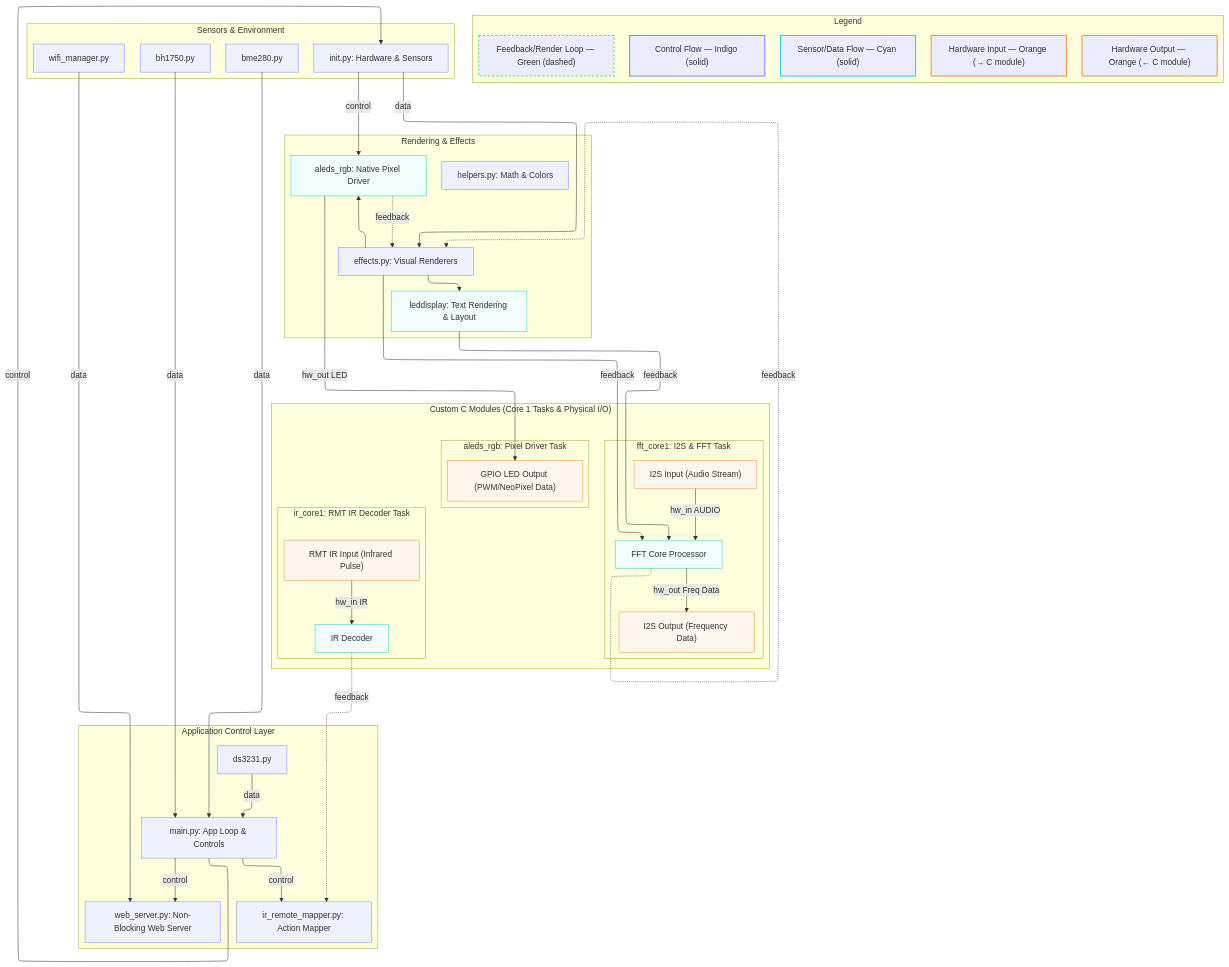
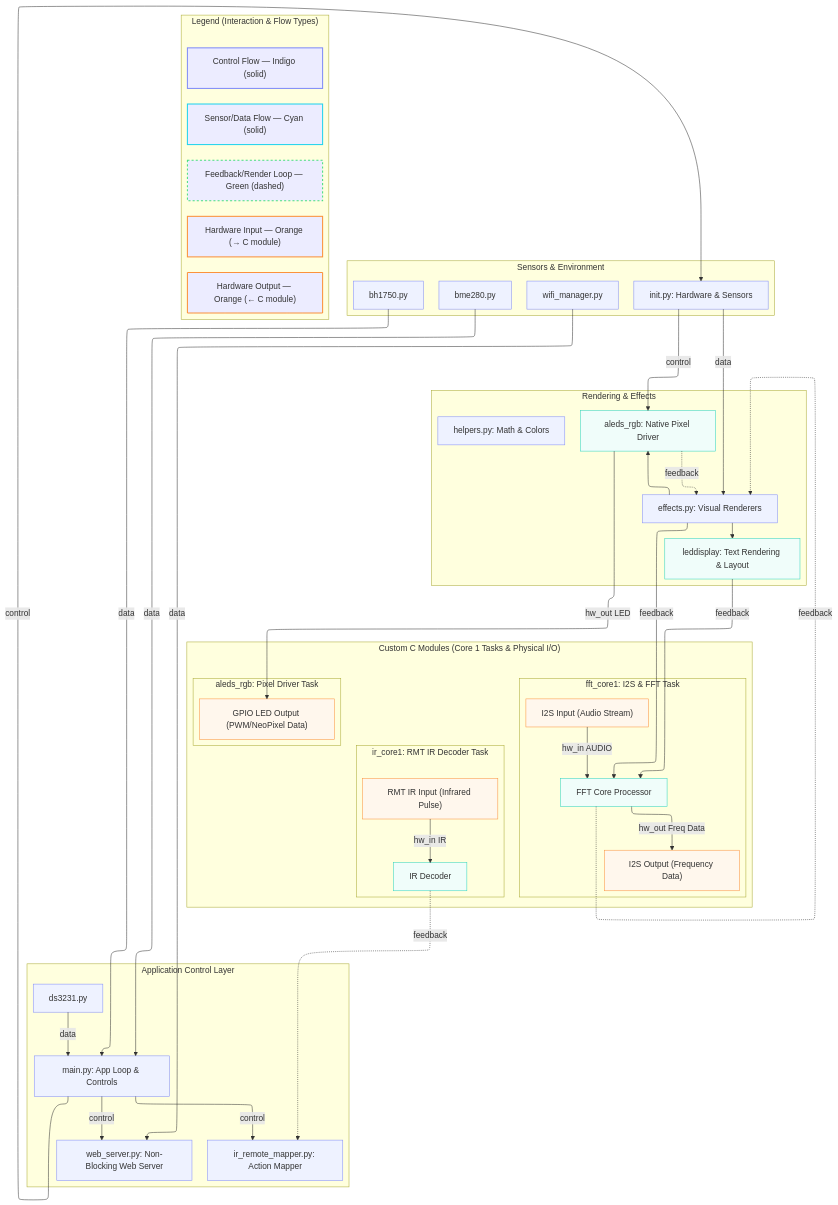
One commit to DigitalApprentice/led_system changed the diagram in README.md. Above: the diagram before and after it, drawn with Mermaid.

````diff
--- a/README.md
+++ b/README.md
@@ -54,14 +54,6 @@
 ```mermaid
-%%{init: {"layout": "elk", "themeVariables": {"spacing": 30, "edgeSpacingFactor": 0.6}}}%%
+%%{init: {"layout": "elk", "themeVariables": {"spacing": 30, "edgeSpacingFactor": 0.6, "rectBorderRadius": 4}}}%%
 graph TD;
-    %% Legend
-    subgraph Legend["Legend"]
-        ctrl["Control Flow — Indigo (solid)"]
-        data["Sensor/Data Flow — Cyan (solid)"]
-        fb["Feedback/Render Loop — Green (dashed)"]
-        hw_in["Hardware Input — Orange (→ C module)"]
-        hw_out["Hardware Output — Orange (← C module)"]
-    end
 
     %% --- Level 1: Control Layer ---
     subgraph Control_Layer["Application Control Layer"]
@@ -126,6 +118,16 @@
     ir_c -.->|feedback| mapper
     aleds_c -.->|feedback| effects
 
+    %% --- Compact Legend (Scaled for Width) ---
+    subgraph Legend["Legend (Interaction & Flow Types)"]
+        direction LR
+        ctrl["Control Flow — Indigo (solid)"]:::control
+        data["Sensor/Data Flow — Cyan (solid)"]:::data
+        fb["Feedback/Render Loop — Green (dashed)"]:::feedback
+        hw_in["Hardware Input — Orange (→ C module)"]:::hw_in
+        hw_out["Hardware Output — Orange (← C module)"]:::hw_out
+    end
+
     %% Styling
     classDef python fill:#eef2ff,stroke:#818cf8
     classDef cmod fill:#f0fdfa,stroke:#2dd4bf
````
